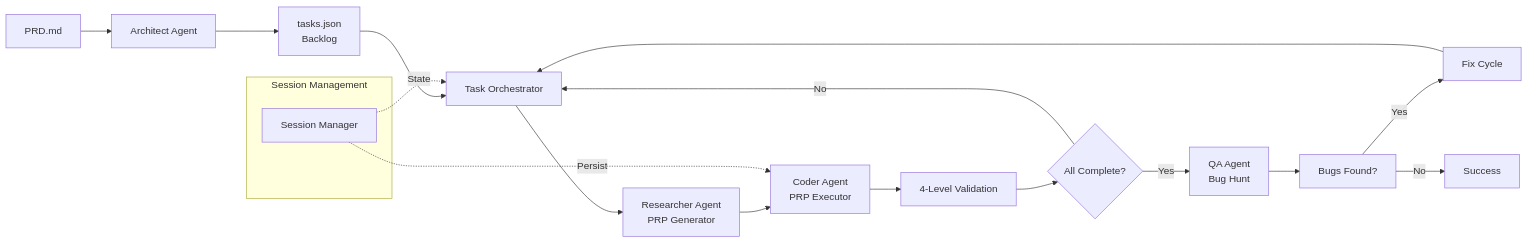
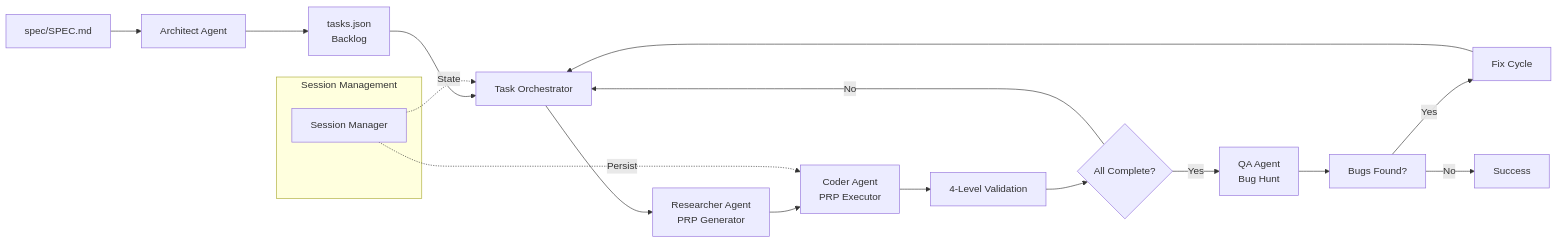
One commit to dabstractor/hack changed the first of 2 diagrams in README.md. Above: the diagram before and after it, drawn with Mermaid. The commit also changed other lines of this file and 11 other files, not shown here.

````diff
--- a/README.md
+++ b/README.md
@@ -46,23 +46,23 @@
 ```mermaid
 flowchart LR
-    A[PRD.md] --> B[Architect Agent]
+    A[spec/SPEC.md] --> B[Architect Agent]
     B --> C[tasks.json<br/>Backlog]
     C --> D[Task Orchestrator]
     D --> E[Researcher Agent<br/>PRP Generator]
     E --> F[Coder Agent<br/>PRP Executor]
     F --> G[4-Level Validation]
     G --> H{All Complete?}
     H -->|No| D
     H -->|Yes| I[QA Agent<br/>Bug Hunt]
     I --> J[Bugs Found?]
     J -->|Yes| K[Fix Cycle]
     K --> D
     J -->|No| L[Success]
 
     subgraph Session Management
         M[Session Manager]
     end
 
     M -.->|State| D
     M -.->|Persist| F
 ```
````
